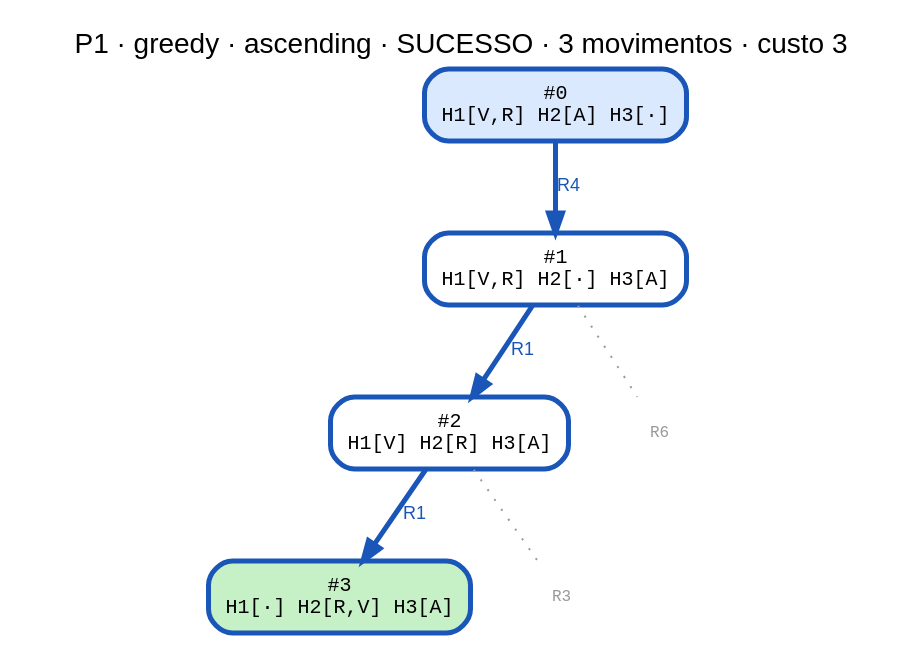
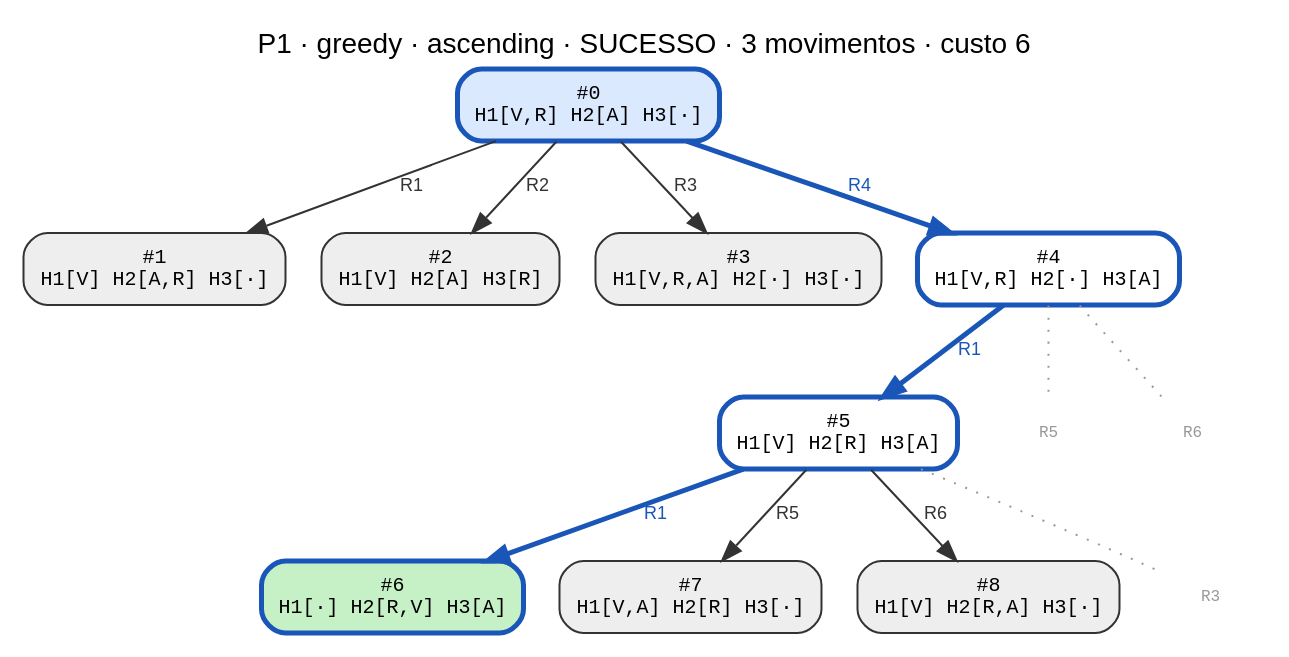
Before and after one commit to CharlesLB/dcc-014-trabalho-1: the diagram in data/P1/greedy_ascending.dot, drawn with Graphviz. The commit also changed 54 other files, not shown here.

```diff
--- a/data/P1/greedy_ascending.dot
+++ b/data/P1/greedy_ascending.dot
@@ -1,16 +1,28 @@
 digraph search {
-  label="P1 · greedy · ascending · SUCESSO · 3 movimentos · custo 3"; labelloc=t; fontname="Helvetica";
+  label="P1 · greedy · ascending · SUCESSO · 3 movimentos · custo 6"; labelloc=t; fontname="Helvetica";
   node [shape=box, style="rounded,filled", fontname="monospace", fontsize=10];
   edge [fontname="Helvetica", fontsize=9];
   n0 [label="#0\nH1[V,R] H2[A] H3[·]", fillcolor="#dbe9ff", color="#1a56b8", penwidth=2.5];
-  n1 [label="#1\nH1[V,R] H2[·] H3[A]", fillcolor="#ffffff", color="#1a56b8", penwidth=2.5];
-  n0 -> n1 [label="R4", color="#1a56b8", fontcolor="#1a56b8", penwidth=2.5];
-  n2 [label="#2\nH1[V] H2[R] H3[A]", fillcolor="#ffffff", color="#1a56b8", penwidth=2.5];
-  n1 -> n2 [label="R1", color="#1a56b8", fontcolor="#1a56b8", penwidth=2.5];
-  n3 [label="#3\nH1[·] H2[R,V] H3[A]", fillcolor="#c6f0c6", color="#1a56b8", penwidth=2.5];
-  n2 -> n3 [label="R1", color="#1a56b8", fontcolor="#1a56b8", penwidth=2.5];
-  p1_R6 [label="R6", shape=plaintext, style=solid, fontcolor="#999999", fontsize=8];
-  n1 -> p1_R6 [style=dotted, color="#999999", arrowhead=none];
-  p2_R3 [label="R3", shape=plaintext, style=solid, fontcolor="#999999", fontsize=8];
-  n2 -> p2_R3 [style=dotted, color="#999999", arrowhead=none];
+  n1 [label="#1\nH1[V] H2[A,R] H3[·]", fillcolor="#eeeeee", color="#333333", penwidth=1];
+  n0 -> n1 [label="R1", color="#333333", fontcolor="#333333", penwidth=1];
+  n2 [label="#2\nH1[V] H2[A] H3[R]", fillcolor="#eeeeee", color="#333333", penwidth=1];
+  n0 -> n2 [label="R2", color="#333333", fontcolor="#333333", penwidth=1];
+  n3 [label="#3\nH1[V,R,A] H2[·] H3[·]", fillcolor="#eeeeee", color="#333333", penwidth=1];
+  n0 -> n3 [label="R3", color="#333333", fontcolor="#333333", penwidth=1];
+  n4 [label="#4\nH1[V,R] H2[·] H3[A]", fillcolor="#ffffff", color="#1a56b8", penwidth=2.5];
+  n0 -> n4 [label="R4", color="#1a56b8", fontcolor="#1a56b8", penwidth=2.5];
+  n5 [label="#5\nH1[V] H2[R] H3[A]", fillcolor="#ffffff", color="#1a56b8", penwidth=2.5];
+  n4 -> n5 [label="R1", color="#1a56b8", fontcolor="#1a56b8", penwidth=2.5];
+  n6 [label="#6\nH1[·] H2[R,V] H3[A]", fillcolor="#c6f0c6", color="#1a56b8", penwidth=2.5];
+  n5 -> n6 [label="R1", color="#1a56b8", fontcolor="#1a56b8", penwidth=2.5];
+  n7 [label="#7\nH1[V,A] H2[R] H3[·]", fillcolor="#eeeeee", color="#333333", penwidth=1];
+  n5 -> n7 [label="R5", color="#333333", fontcolor="#333333", penwidth=1];
+  n8 [label="#8\nH1[V] H2[R,A] H3[·]", fillcolor="#eeeeee", color="#333333", penwidth=1];
+  n5 -> n8 [label="R6", color="#333333", fontcolor="#333333", penwidth=1];
+  p4_R5 [label="R5", shape=plaintext, style=solid, fontcolor="#999999", fontsize=8];
+  n4 -> p4_R5 [style=dotted, color="#999999", arrowhead=none];
+  p4_R6 [label="R6", shape=plaintext, style=solid, fontcolor="#999999", fontsize=8];
+  n4 -> p4_R6 [style=dotted, color="#999999", arrowhead=none];
+  p5_R3 [label="R3", shape=plaintext, style=solid, fontcolor="#999999", fontsize=8];
+  n5 -> p5_R3 [style=dotted, color="#999999", arrowhead=none];
 }
```
